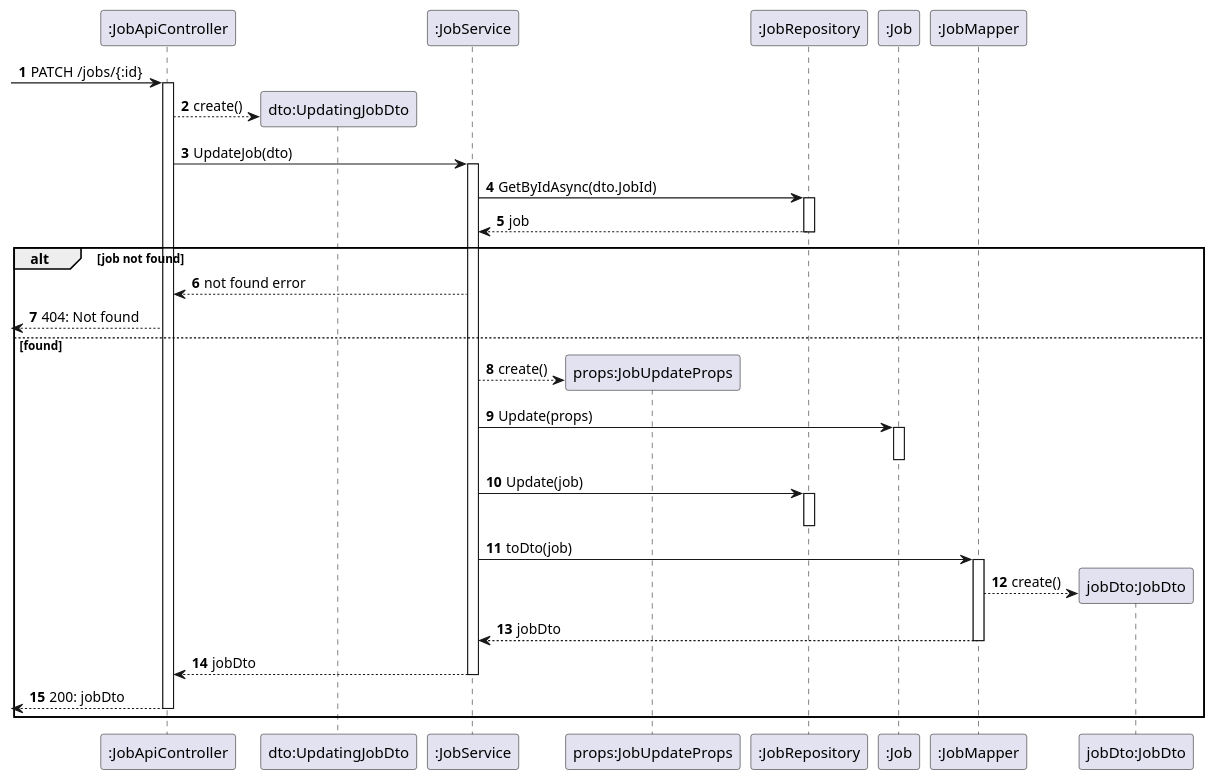
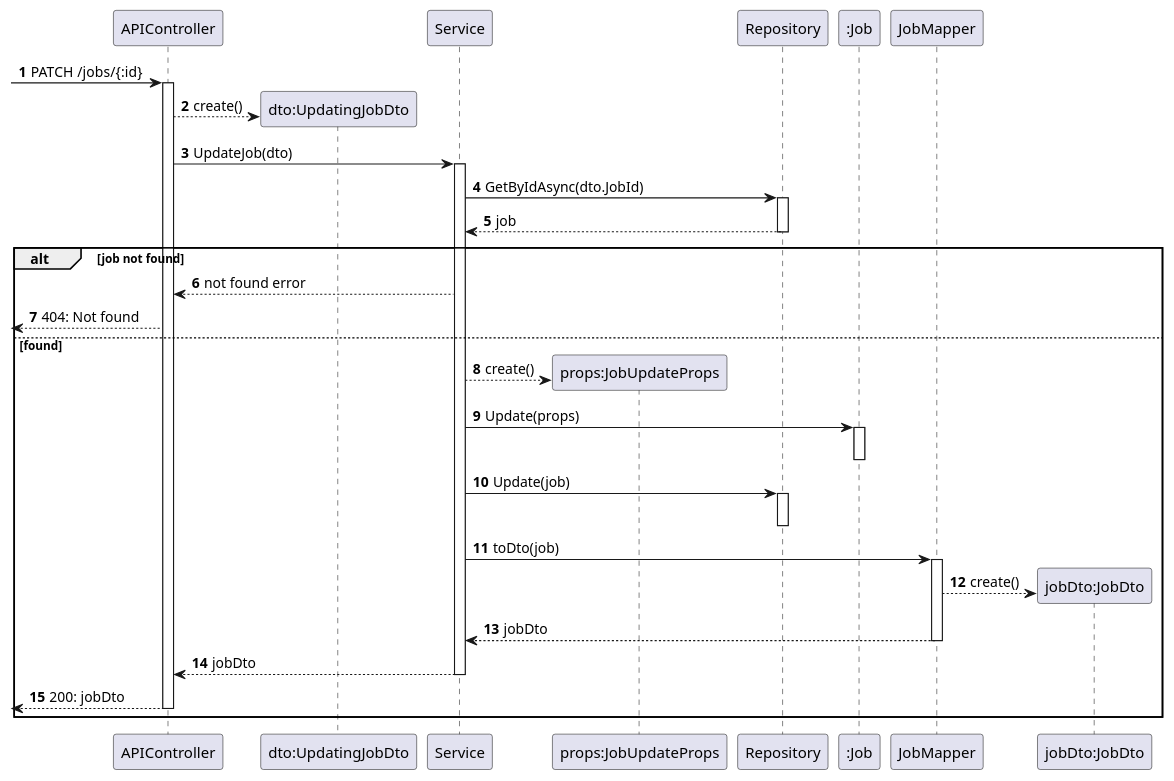
Before and after one commit to Departamento-de-Engenharia-Informatica/lapr5-23-24-g19: the diagram in docs/us470/level3/mdt-process-view.puml, drawn with PlantUML. The commit also changed 13 other files, not shown here.

```diff
--- a/docs/us470/level3/mdt-process-view.puml
+++ b/docs/us470/level3/mdt-process-view.puml
@@ -1,69 +1,69 @@
 @startuml
 autonumber
 
-participant ":JobApiController" as ctrl
+participant "APIController" as ctrl
 
 participant "dto:UpdatingJobDto" as dto
 
-participant ":JobService" as svc
+participant "Service" as svc
 
 participant "props:JobUpdateProps" as props
 
-participant ":JobRepository" as repo
+participant "Repository" as repo
 
 participant ":Job" as job
 
-participant ":JobMapper" as mapper
+participant "JobMapper" as mapper
 participant "jobDto:JobDto" as j_dto
 
 [-> ctrl : PATCH /jobs/{:id}
 
 activate ctrl
 
     ctrl --> dto** : create()
     ' activate dto
     ' deactivate dto
 
     ctrl -> svc : UpdateJob(dto)
     activate svc
         svc -> repo : GetByIdAsync(dto.JobId)
         activate repo
             repo --> svc : job
         deactivate repo
 
 alt job not found
         svc --> ctrl : not found error
         [<-- ctrl : 404: Not found
 else found
 
         svc --> props** : create()
         ' activate props
         ' deactivate props
 
         svc -> job : Update(props)
         activate job
         deactivate job
 
         svc -> repo : Update(job)
         activate repo
         deactivate repo
 
         svc -> mapper : toDto(job)
         activate mapper
             mapper --> j_dto** : create()
             ' activate j_dto
             ' deactivate j_dto
 
             mapper --> svc : jobDto
         deactivate mapper
 
         svc --> ctrl : jobDto
     deactivate svc
 
     [<-- ctrl : 200: jobDto
 deactivate ctrl
 
 end
 
 
 @enduml
```
